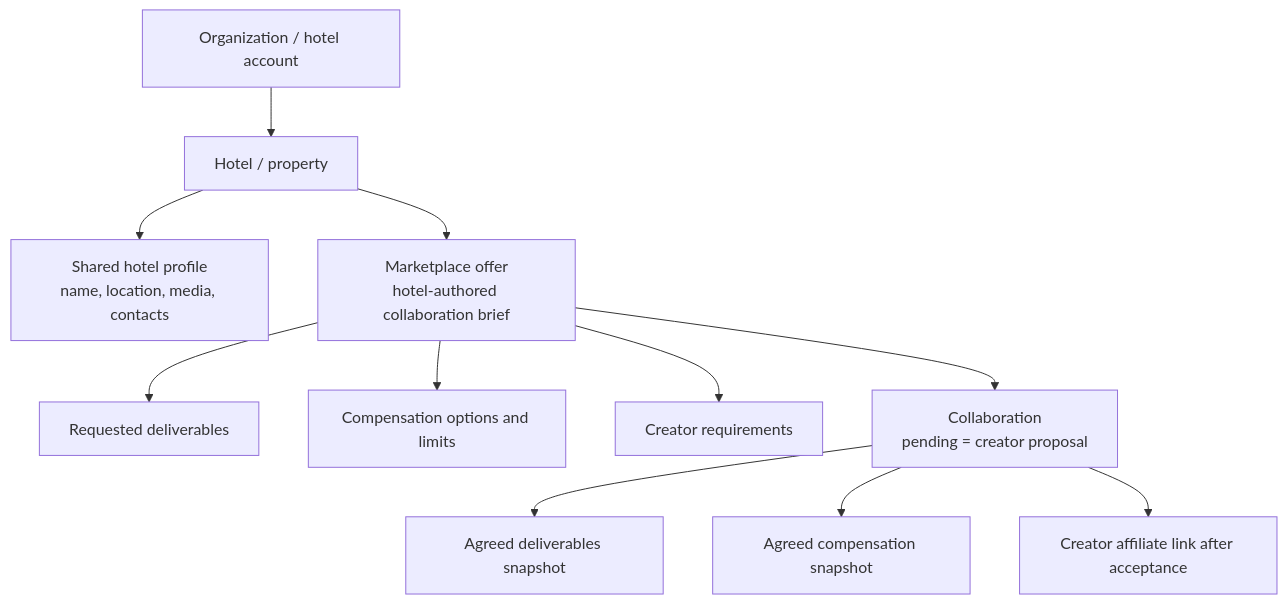
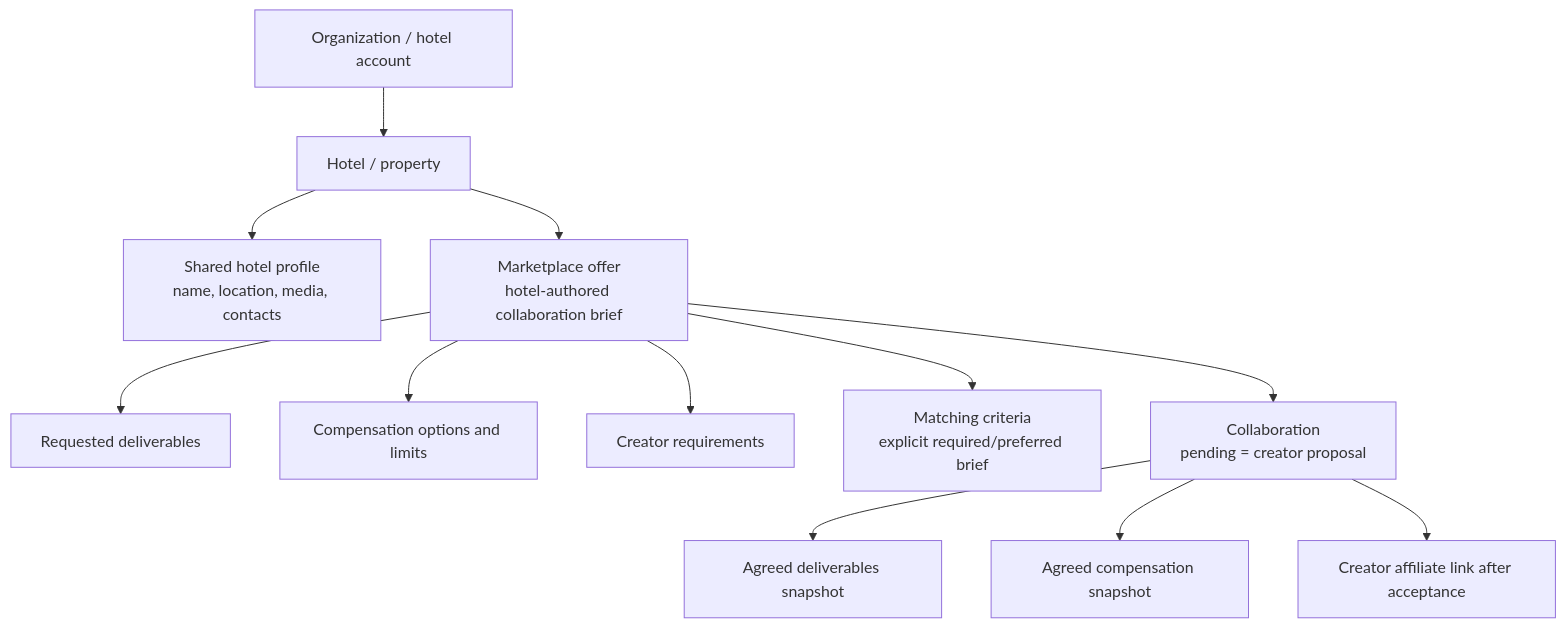
Before and after one commit to FlamurMaliqi/vayada: the diagram in engineering/marketplace-offer-model.md, drawn with Mermaid. The commit also changed other lines of this file and 12 other files, not shown here.

Commit message:
[VAY-1408] Add offer matching criteria contract

````diff
--- a/engineering/marketplace-offer-model.md
+++ b/engineering/marketplace-offer-model.md
@@ -6,13 +6,14 @@
 ```mermaid
 flowchart TD
   O["Organization / hotel account"] --> P["Hotel / property"]
   P --> H["Shared hotel profile\nname, location, media, contacts"]
   P --> M["Marketplace offer\nhotel-authored collaboration brief"]
   M --> D["Requested deliverables"]
   M --> C["Compensation options and limits"]
   M --> R["Creator requirements"]
+  M --> MC["Matching criteria\nexplicit required/preferred brief"]
   M --> A["Collaboration\npending = creator proposal"]
   A --> AD["Agreed deliverables snapshot"]
   A --> AC["Agreed compensation snapshot"]
   A --> AF["Creator affiliate link after acceptance"]
 ```
````
